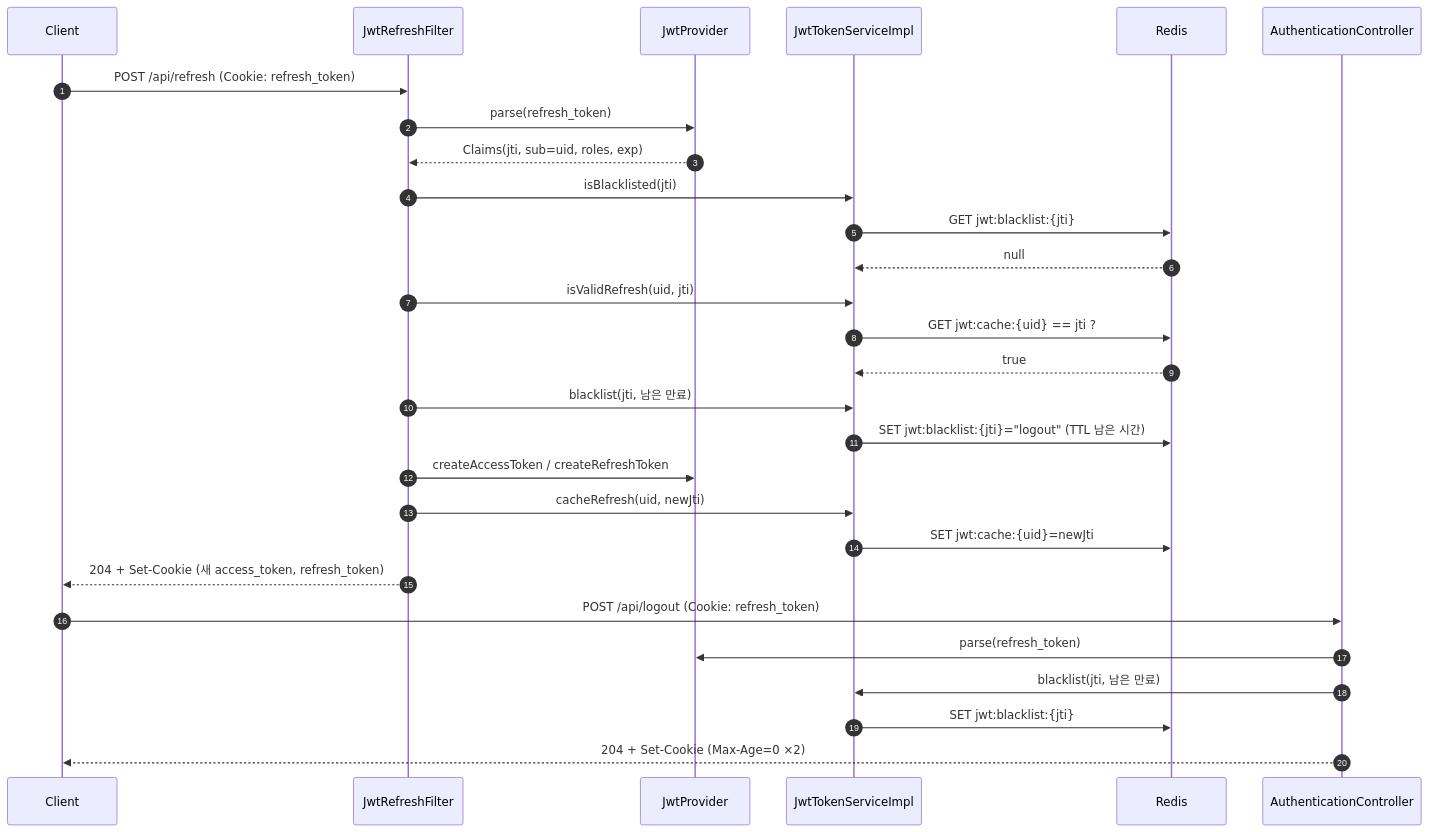
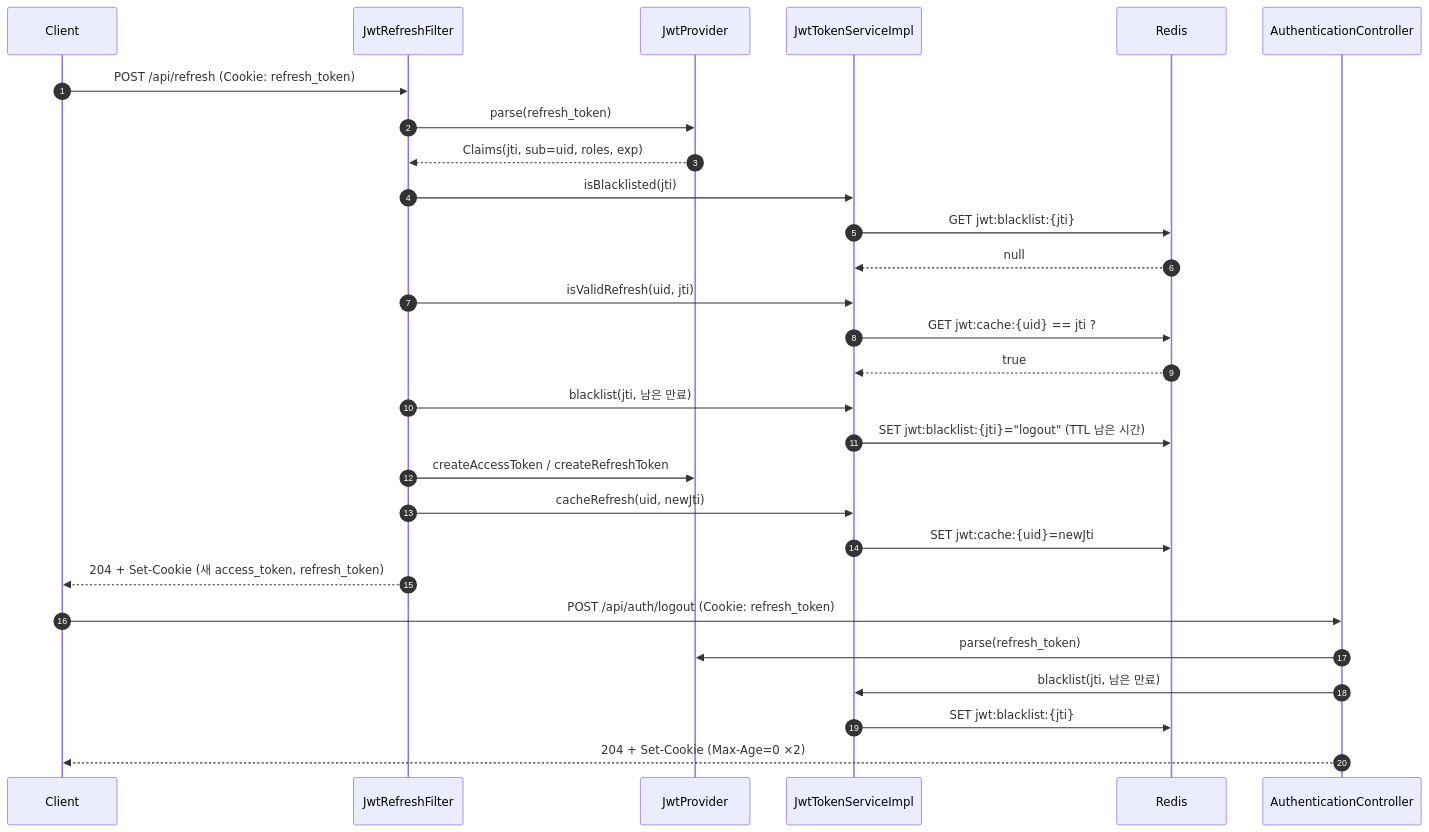
One commit to seonghun120614/Sports-Spoiler-Detector changed the fourth of 7 diagrams in README.md. Above: the diagram before and after it, drawn with Mermaid. The commit also changed other lines of this file and 6 other files, not shown here.

````diff
--- a/README.md
+++ b/README.md
@@ -314,32 +415,32 @@
 ```mermaid
 sequenceDiagram
     autonumber
     participant C as Client
     participant RF as JwtRefreshFilter
     participant JP as JwtProvider
     participant TS as JwtTokenServiceImpl
     participant R as Redis
     participant AC as AuthenticationController
 
     C->>RF: POST /api/refresh (Cookie: refresh_token)
     RF->>JP: parse(refresh_token)
     JP-->>RF: Claims(jti, sub=uid, roles, exp)
     RF->>TS: isBlacklisted(jti)
     TS->>R: GET jwt:blacklist:{jti}
     R-->>TS: null
     RF->>TS: isValidRefresh(uid, jti)
     TS->>R: GET jwt:cache:{uid} == jti ?
     R-->>TS: true
     RF->>TS: blacklist(jti, 남은 만료)
     TS->>R: SET jwt:blacklist:{jti}="logout" (TTL 남은 시간)
     RF->>JP: createAccessToken / createRefreshToken
     RF->>TS: cacheRefresh(uid, newJti)
     TS->>R: SET jwt:cache:{uid}=newJti
     RF-->>C: 204 + Set-Cookie (새 access_token, refresh_token)
 
-    C->>AC: POST /api/logout (Cookie: refresh_token)
+    C->>AC: POST /api/auth/logout (Cookie: refresh_token)
     AC->>JP: parse(refresh_token)
     AC->>TS: blacklist(jti, 남은 만료)
     TS->>R: SET jwt:blacklist:{jti}
     AC-->>C: 204 + Set-Cookie (Max-Age=0 ×2)
 ```
````
